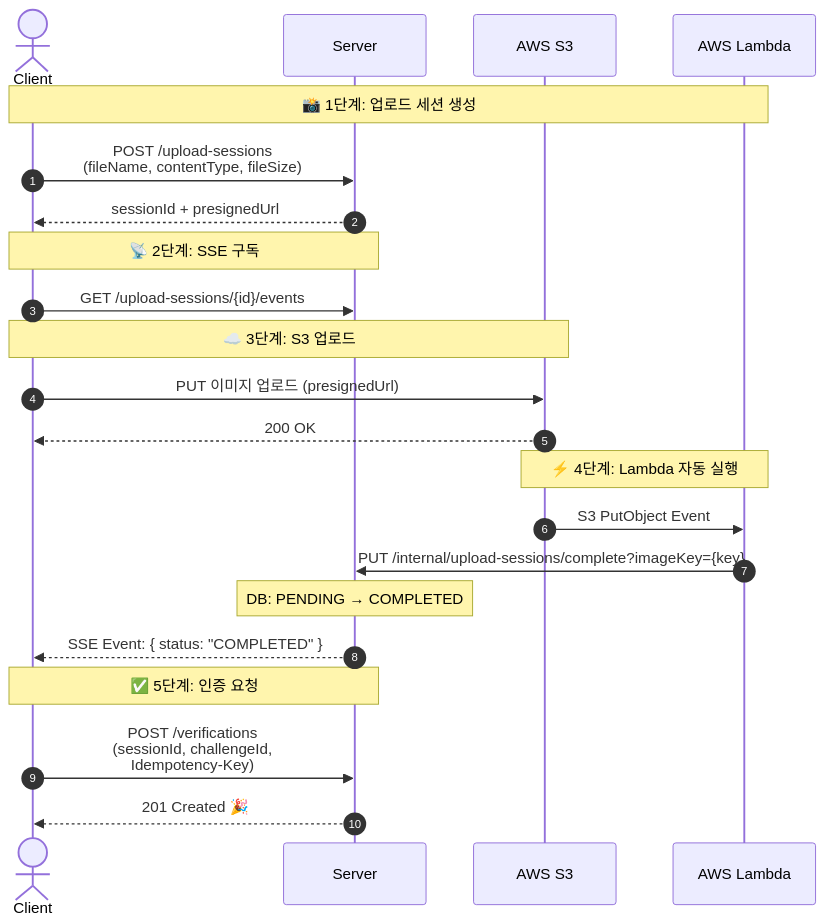
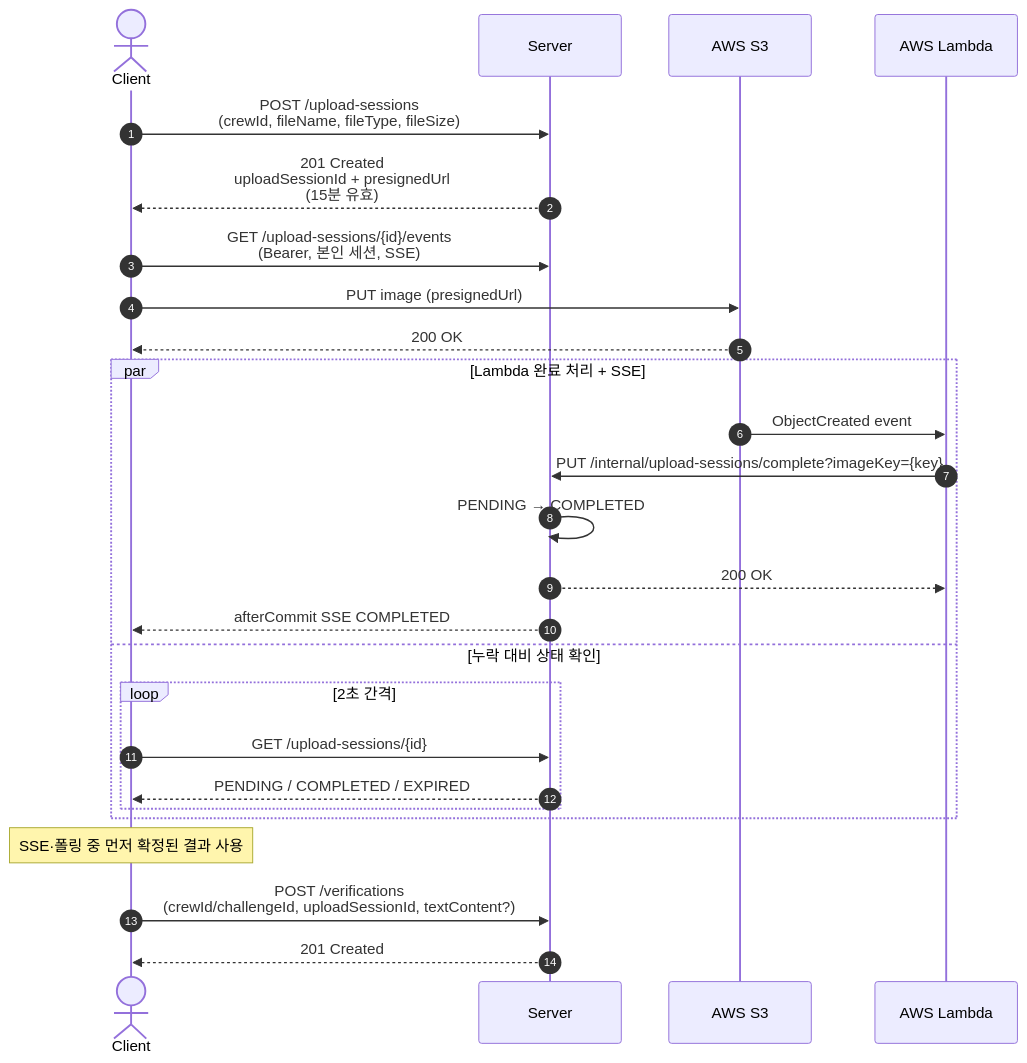
Before and after one commit to JianYang98/TriAgain: the first of 4 diagrams in docs/spec/sequence/verification.md, drawn with Mermaid. The commit also changed other lines of this file and 18 other files, not shown here.

````diff
--- a/docs/spec/sequence/verification.md
+++ b/docs/spec/sequence/verification.md
@@ -5,34 +7,32 @@
 ```mermaid
 sequenceDiagram
     autonumber
-    actor Client as Client
-    participant Server as Server
+    actor Client
+    participant Server
     participant S3 as AWS S3
     participant Lambda as AWS Lambda
 
-    Note over Client,Lambda: 📸 1단계: 업로드 세션 생성
+    Client->>Server: POST /upload-sessions<br/>(crewId, fileName, fileType, fileSize)
+    Server-->>Client: 201 Created<br/>uploadSessionId + presignedUrl<br/>(15분 유효)
 
-    Client->>Server: POST /upload-sessions<br/>(fileName, contentType, fileSize)
-    Server-->>Client: sessionId + presignedUrl
-
-    Note over Client,Server: 📡 2단계: SSE 구독
-
-    Client->>Server: GET /upload-sessions/{id}/events
-
-    Note over Client,S3: ☁️ 3단계: S3 업로드
-
-    Client->>S3: PUT 이미지 업로드 (presignedUrl)
+    Client->>Server: GET /upload-sessions/{id}/events<br/>(Bearer, 본인 세션, SSE)
+    Client->>S3: PUT image (presignedUrl)
     S3-->>Client: 200 OK
 
-    Note over S3,Lambda: ⚡ 4단계: Lambda 자동 실행
+    par Lambda 완료 처리 + SSE
+        S3->>Lambda: ObjectCreated event
+        Lambda->>Server: PUT /internal/upload-sessions/complete?imageKey={key}
+        Server->>Server: PENDING → COMPLETED
+        Server-->>Lambda: 200 OK
+        Server-->>Client: afterCommit SSE COMPLETED
+    and 누락 대비 상태 확인
+        loop 2초 간격
+            Client->>Server: GET /upload-sessions/{id}
+            Server-->>Client: PENDING / COMPLETED / EXPIRED
+        end
+    end
 
-    S3->>Lambda: S3 PutObject Event
-    Lambda->>Server: PUT /internal/upload-sessions/complete?imageKey={key}
-    Note over Server: DB: PENDING → COMPLETED
-    Server-->>Client: SSE Event: { status: "COMPLETED" }
-
-    Note over Client,Server: ✅ 5단계: 인증 요청
-
-    Client->>Server: POST /verifications<br/>(sessionId, challengeId,<br/>Idempotency-Key)
-    Server-->>Client: 201 Created 🎉
+    Note over Client: SSE·폴링 중 먼저 확정된 결과 사용
+    Client->>Server: POST /verifications<br/>(crewId/challengeId, uploadSessionId, textContent?)
+    Server-->>Client: 201 Created
 ```
````
